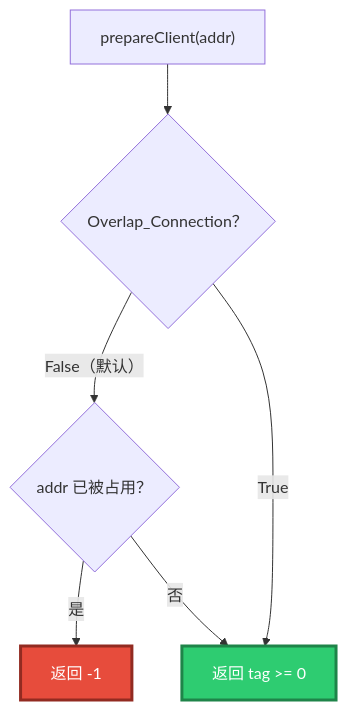
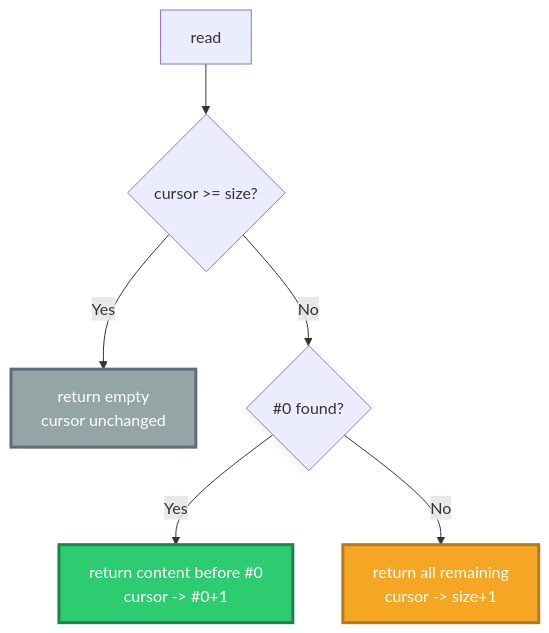
Diagram 16 of 26 in cpp/LingoFuse_Cpp_Knowledge_Base.md (PassByYou888/LingoFuse), drawn with Mermaid before and after one commit. The commit also changed other lines of this file, not shown here.

````diff
--- a/cpp/LingoFuse_Cpp_Knowledge_Base.md
+++ b/cpp/LingoFuse_Cpp_Knowledge_Base.md
@@ -665,11 +1507,12 @@
 ```mermaid
 flowchart TD
-    A["prepareClient(addr)"] --> B{"Overlap_Connection？"}
-    B -- "False（默认）" --> C{"addr 已被占用？"}
-    C -- 是 --> X["返回 -1"]
-    C -- 否 --> OK["返回 tag >= 0"]
-    B -- "True" --> OK
+    A["read"] --> B{"cursor >= size?"}
+    B -- Yes --> C["return empty<br/>cursor unchanged"]
+    B -- No --> D{"#0 found?"}
+    D -- Yes --> E["return content before #0<br/>cursor -> #0+1"]
+    D -- No --> F["return all remaining<br/>cursor -> size+1"]
 
-    style X fill:#E74C3C,stroke:#922B21,stroke-width:3px,color:#FFFFFF
-    style OK fill:#2ECC71,stroke:#1E8449,stroke-width:3px,color:#FFFFFF
+    style C fill:#95A5A6,stroke:#5D6D7E,stroke-width:3px,color:#FFFFFF
+    style E fill:#2ECC71,stroke:#1E8449,stroke-width:3px,color:#FFFFFF
+    style F fill:#F5A623,stroke:#B7791F,stroke-width:3px,color:#FFFFFF
 ```
````
